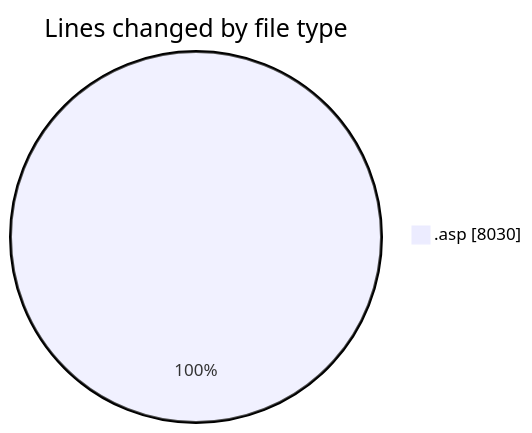
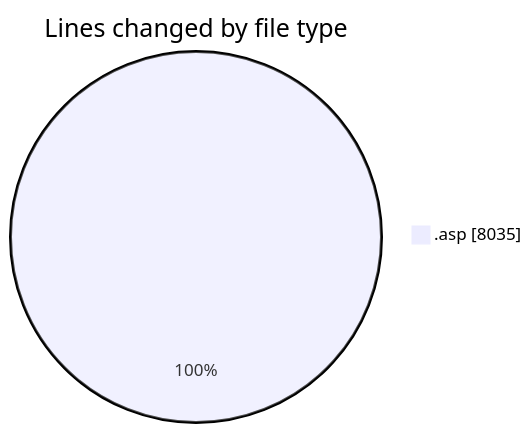
Before and after one commit to julien-gomy/code-tracking: the first of 2 diagrams in 2025-11-15/cdp_aleoudev_fr__workspace_/README.md, drawn with Mermaid. The commit also changed other lines of this file and 1 other file, not shown here.

````diff
--- a/2025-11-15/cdp_aleoudev_fr__workspace_/README.md
+++ b/2025-11-15/cdp_aleoudev_fr__workspace_/README.md
@@ -32,5 +32,5 @@
 ```mermaid
 pie showData
 title Lines changed by file type
-".asp" : 8030
+".asp" : 8035
 ```
````
